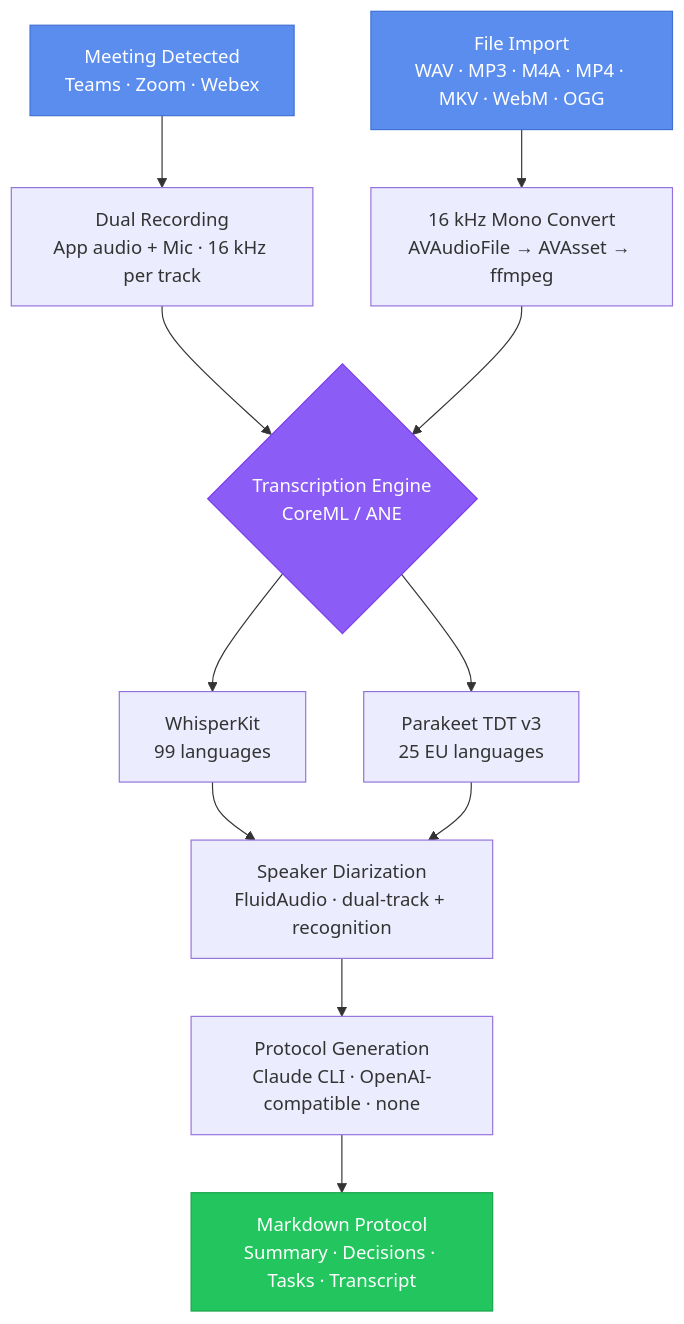
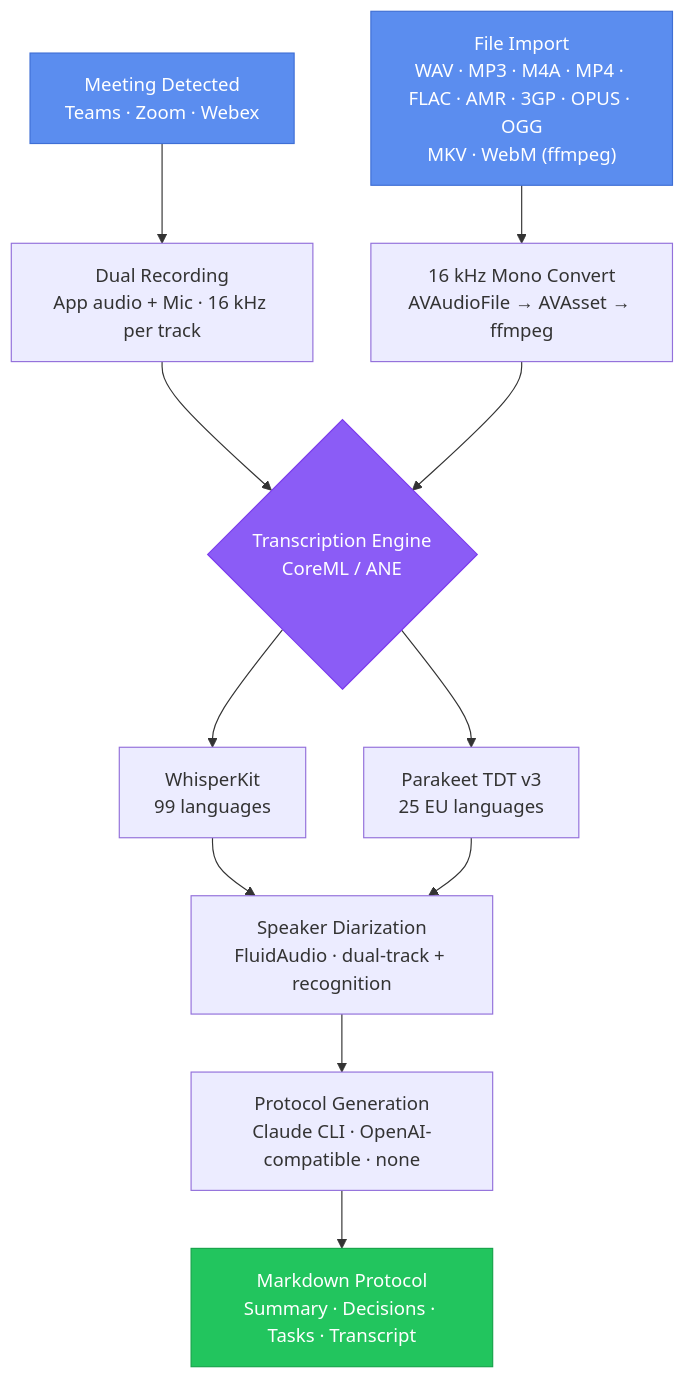
One commit to LukaHarambasic/meeting-transcriber changed the diagram in README.md. Above: the diagram before and after it, drawn with Mermaid. The commit also changed other lines of this file and 1 other file, not shown here.

````diff
--- a/README.md
+++ b/README.md
@@ -48,31 +48,31 @@
 ```mermaid
 flowchart TD
     A["Meeting Detected<br/>Teams · Zoom · Webex"]
-    A2["File Import<br/>WAV · MP3 · M4A · MP4 · MKV · WebM · OGG"]
+    A2["File Import<br/>WAV · MP3 · M4A · MP4 · FLAC · AMR · 3GP · OPUS · OGG<br/>MKV · WebM (ffmpeg)"]
     B["Dual Recording<br/>App audio + Mic · 16 kHz per track"]
     C["16 kHz Mono Convert<br/>AVAudioFile → AVAsset → ffmpeg"]
     D{"Transcription Engine<br/>CoreML / ANE"}
     D1["WhisperKit<br/>99 languages"]
     D2["Parakeet TDT v3<br/>25 EU languages"]
     E["Speaker Diarization<br/>FluidAudio · dual-track + recognition"]
     F["Protocol Generation<br/>Claude CLI · OpenAI-compatible · none"]
     G["Markdown Protocol<br/>Summary · Decisions · Tasks · Transcript"]
 
     A --> B
     A2 --> C
     B --> D
     C --> D
     D --> D1
     D --> D2
     D1 --> E
     D2 --> E
     E --> F
     F --> G
 
     classDef input fill:#5B8DEF,stroke:#3F6FD5,color:#fff
     classDef engine fill:#8B5CF6,stroke:#7C3AED,color:#fff
     classDef output fill:#22C55E,stroke:#16A34A,color:#fff
     class A,A2 input
     class D engine
     class G output
 ```
````
